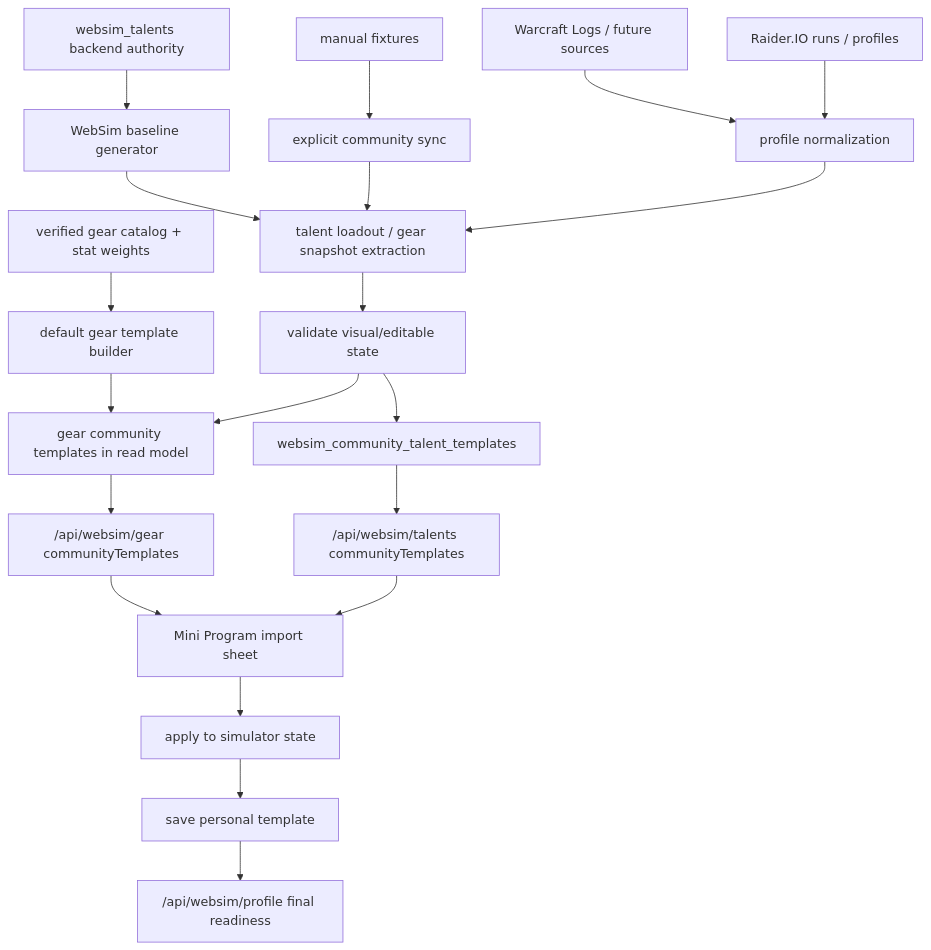
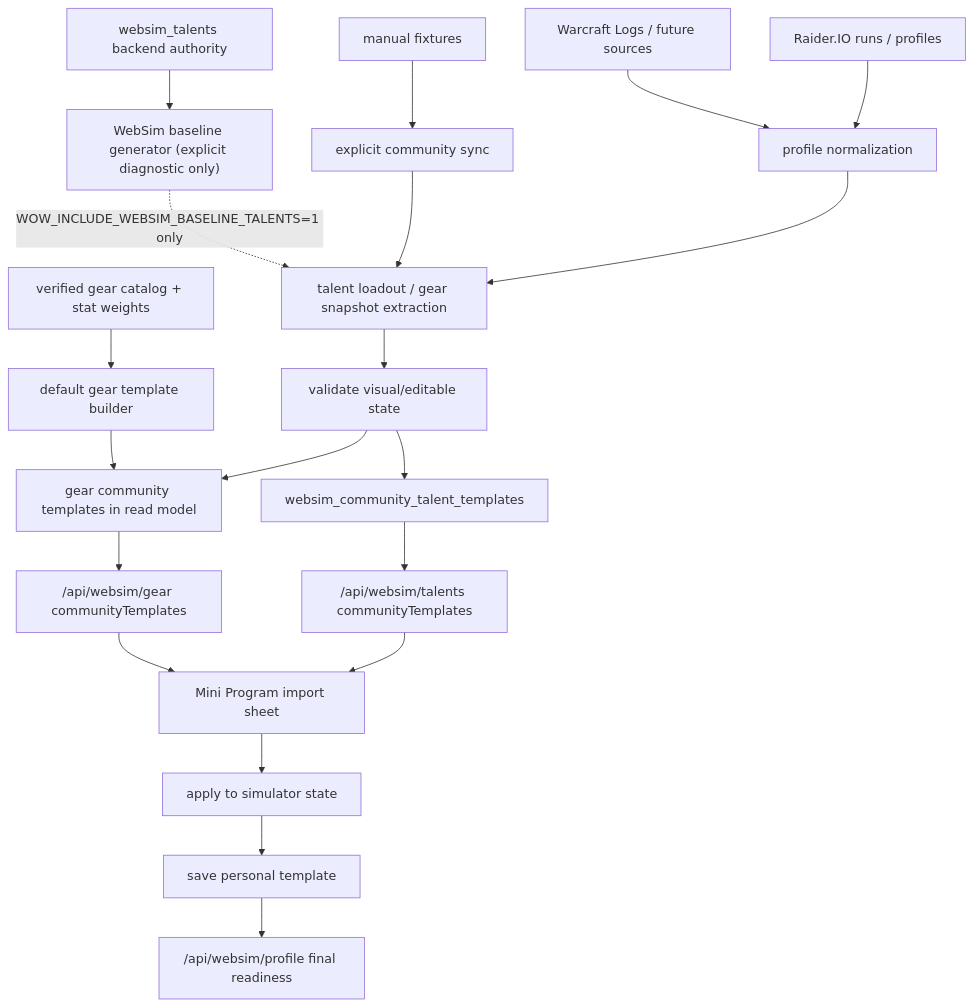
The diagram in docs/community-template-import-full-chain-runbook.md (Giannis-bo/Chicken-Bro), drawn with Mermaid before and after one commit. The commit also changed other lines of this file and 16 other files, not shown here.

````diff
--- a/docs/community-template-import-full-chain-runbook.md
+++ b/docs/community-template-import-full-chain-runbook.md
@@ -22,25 +22,25 @@
 ```mermaid
 flowchart TD
   A["Raider.IO runs / profiles"] --> B["profile normalization"]
   C["Warcraft Logs / future sources"] --> B
   D["manual fixtures"] --> E["explicit community sync"]
-  F["websim_talents backend authority"] --> G["WebSim baseline generator"]
+  F["websim_talents backend authority"] --> G["WebSim baseline generator (explicit diagnostic only)"]
   R["verified gear catalog + stat weights"] --> S["default gear template builder"]
 
   B --> H["talent loadout / gear snapshot extraction"]
   E --> H
-  G --> H
+  G -. "WOW_INCLUDE_WEBSIM_BASELINE_TALENTS=1 only" .-> H
   S --> K
 
   H --> I["validate visual/editable state"]
   I --> J["websim_community_talent_templates"]
   I --> K["gear community templates in read model"]
 
   J --> L["/api/websim/talents communityTemplates"]
   K --> M["/api/websim/gear communityTemplates"]
   L --> N["Mini Program import sheet"]
   M --> N
   N --> O["apply to simulator state"]
   O --> P["save personal template"]
   P --> Q["/api/websim/profile final readiness"]
 ```
````
